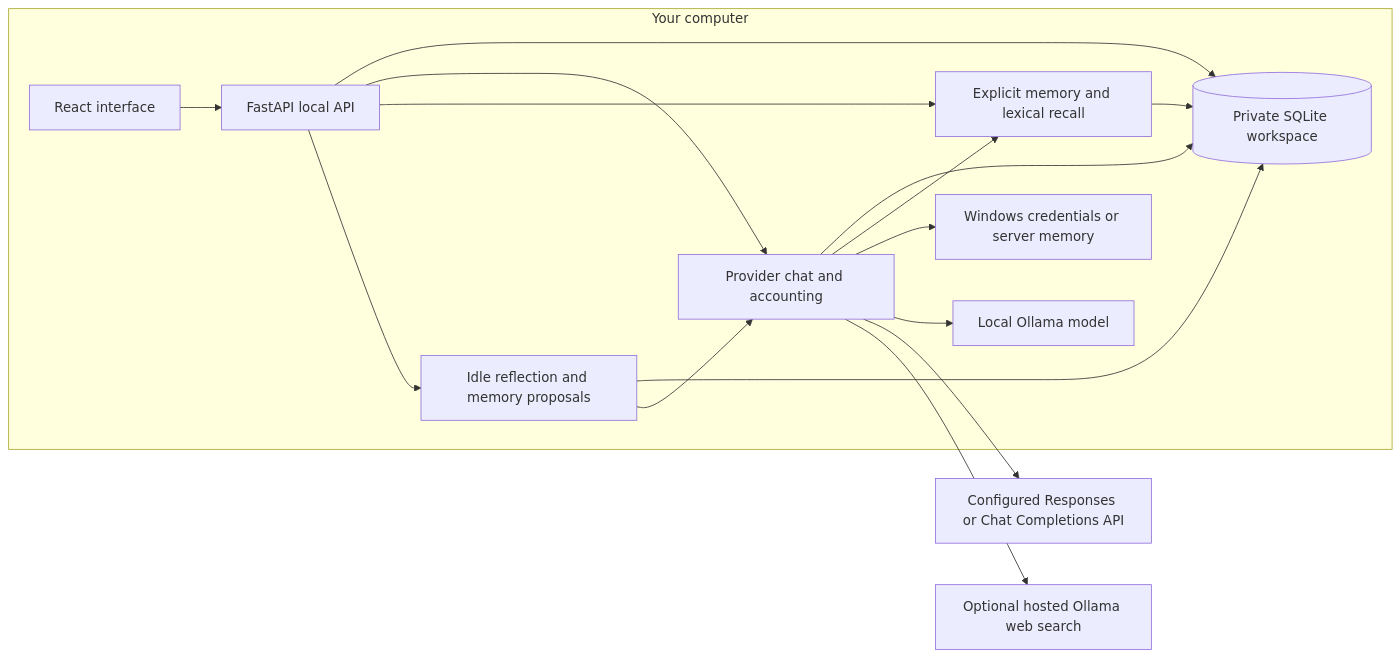
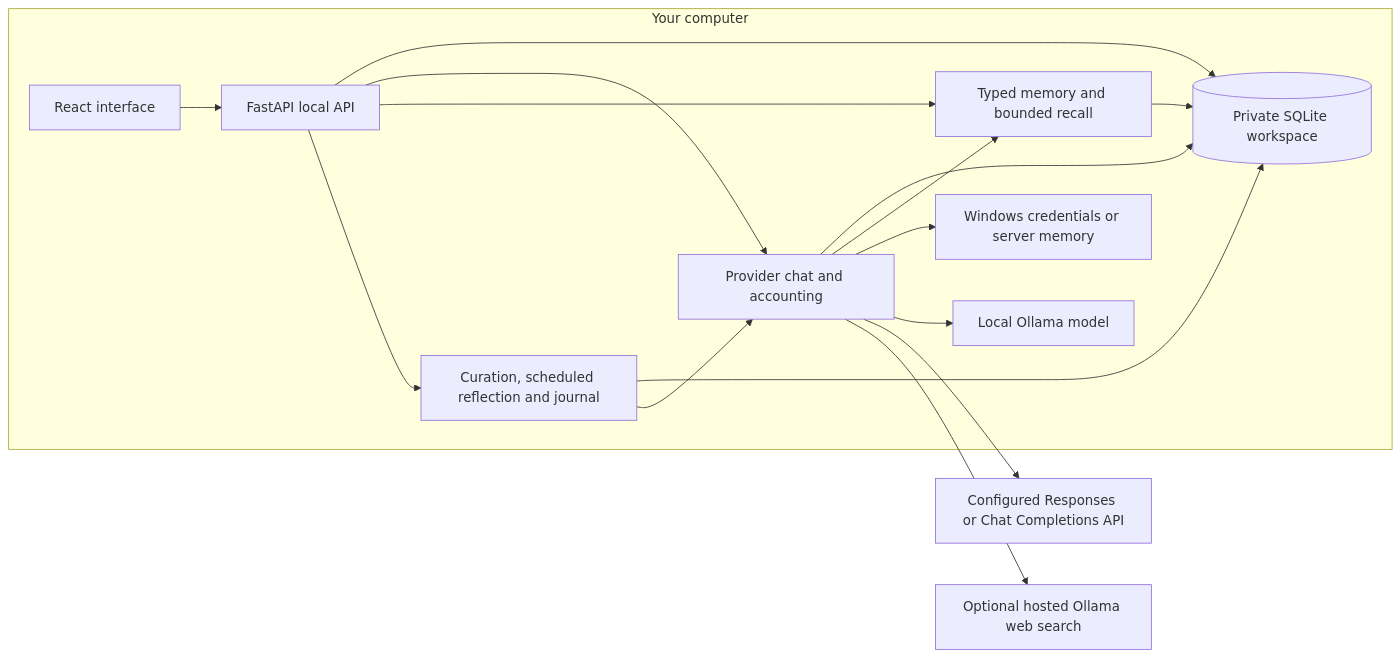
Before and after one commit to erikmalm/maestro: the diagram in docs/ARCHITECTURE.md, drawn with Mermaid. The commit also changed other lines of this file and 22 other files, not shown here.

````diff
--- a/docs/ARCHITECTURE.md
+++ b/docs/ARCHITECTURE.md
@@ -7,27 +7,27 @@
 ```mermaid
 flowchart LR
     subgraph Computer[Your computer]
         UI[React interface]
         API[FastAPI local API]
         Chat[Provider chat and accounting]
-        Memory[Explicit memory and lexical recall]
-        Reflection[Idle reflection and memory proposals]
+        Memory[Typed memory and bounded recall]
+        Reflection[Curation, scheduled reflection and journal]
         DB[(Private SQLite workspace)]
         Keys[Windows credentials or server memory]
         Ollama[Local Ollama model]
         UI --> API
         API --> DB
         API --> Chat
         Chat --> DB
         Chat --> Memory
         API --> Memory
         API --> Reflection
         Reflection --> DB
         Reflection --> Chat
         Memory --> DB
         Chat --> Keys
         Chat --> Ollama
     end
     Chat --> Remote[Configured Responses or Chat Completions API]
     Chat --> Search[Optional hosted Ollama web search]
 ```
````
